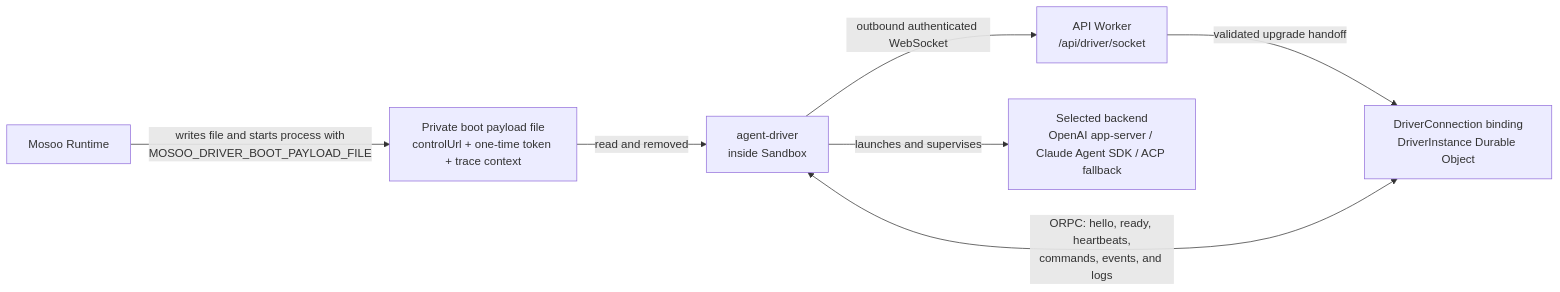
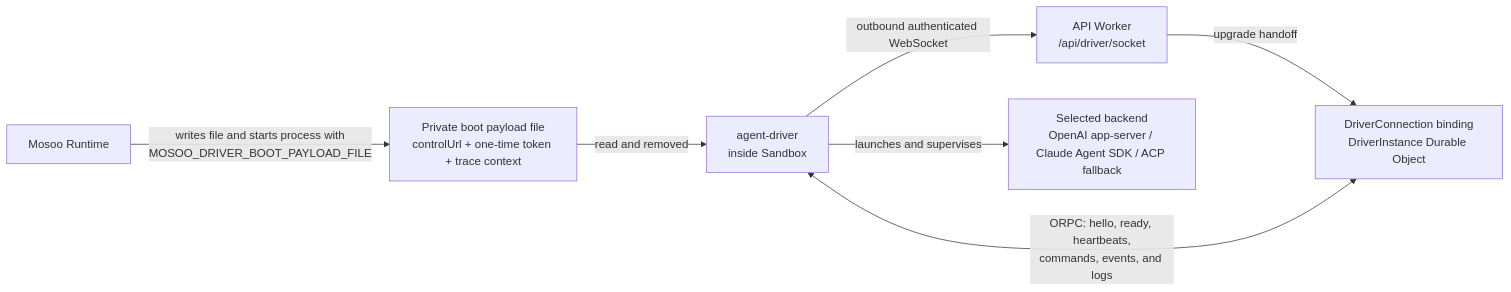
Before and after one commit to langgenius/mosoo-agent-driver: the diagram in README.md, drawn with Mermaid. The commit also changed other lines of this file and 9 other files, not shown here.

````diff
--- a/README.md
+++ b/README.md
@@ -37,16 +37,16 @@
 ```mermaid
 flowchart LR
     Runtime["Mosoo Runtime"]
     Boot["Private boot payload file<br/>controlUrl + one-time token + trace context"]
     Driver["agent-driver<br/>inside Sandbox"]
     Ingress["API Worker<br/>/api/driver/socket"]
     DriverDO["DriverConnection binding<br/>DriverInstance Durable Object"]
     Backend["Selected backend<br/>OpenAI app-server / Claude Agent SDK / ACP fallback"]
 
     Runtime -->|"writes file and starts process with<br/>MOSOO_DRIVER_BOOT_PAYLOAD_FILE"| Boot
     Boot -->|"read and removed"| Driver
     Driver -->|"outbound authenticated WebSocket"| Ingress
-    Ingress -->|"validated upgrade handoff"| DriverDO
+    Ingress -->|"upgrade handoff"| DriverDO
     Driver <-->|"ORPC: hello, ready, heartbeats,<br/>commands, events, and logs"| DriverDO
     Driver -->|"launches and supervises"| Backend
 ```
````
